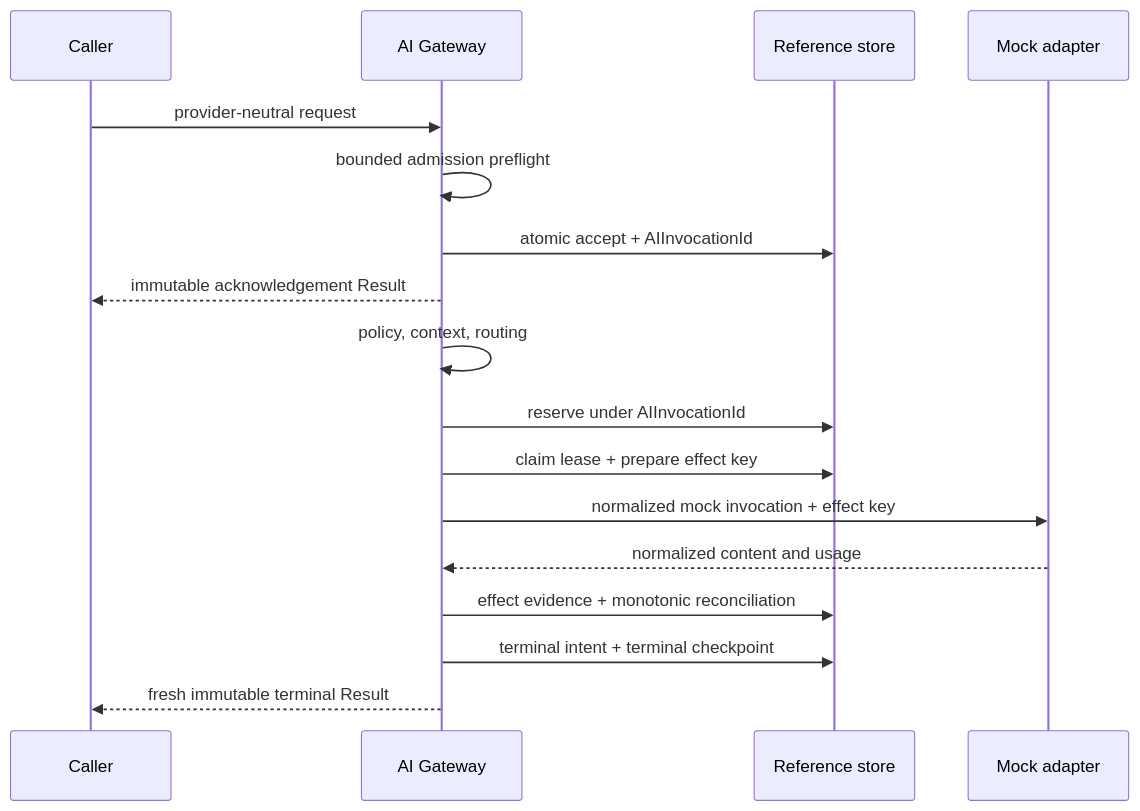
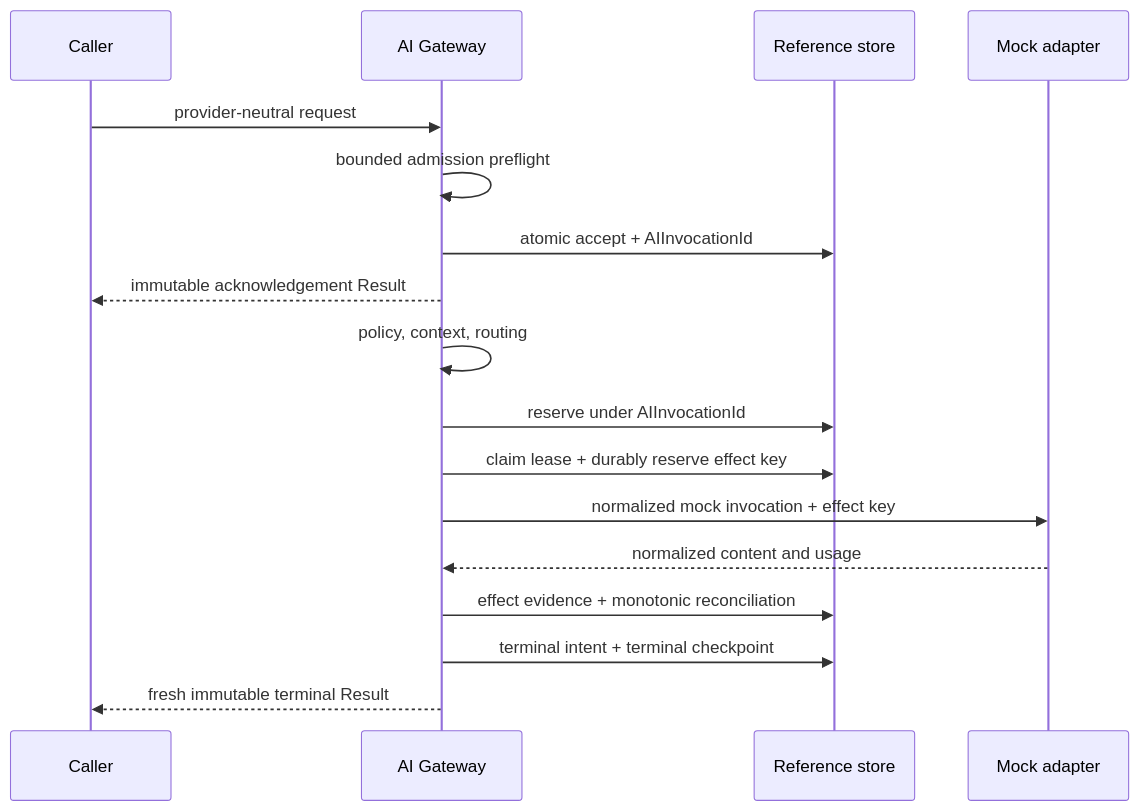
The second of 2 diagrams in docs/runtime-architecture/AI-Gateway-Reference-Implementation.md (mayurbhavsar04/AIEOS), drawn with Mermaid before and after one commit. The commit also changed other lines of this file and 1 other file, not shown here.

````diff
--- a/docs/runtime-architecture/AI-Gateway-Reference-Implementation.md
+++ b/docs/runtime-architecture/AI-Gateway-Reference-Implementation.md
@@ -45,19 +46,19 @@
 ```mermaid
 sequenceDiagram
     participant C as Caller
     participant G as AI Gateway
     participant S as Reference store
     participant A as Mock adapter
     C->>G: provider-neutral request
     G->>G: bounded admission preflight
     G->>S: atomic accept + AIInvocationId
     G-->>C: immutable acknowledgement Result
     G->>G: policy, context, routing
     G->>S: reserve under AIInvocationId
-    G->>S: claim lease + prepare effect key
+    G->>S: claim lease + durably reserve effect key
     G->>A: normalized mock invocation + effect key
     A-->>G: normalized content and usage
     G->>S: effect evidence + monotonic reconciliation
     G->>S: terminal intent + terminal checkpoint
     G-->>C: fresh immutable terminal Result
 ```
````
